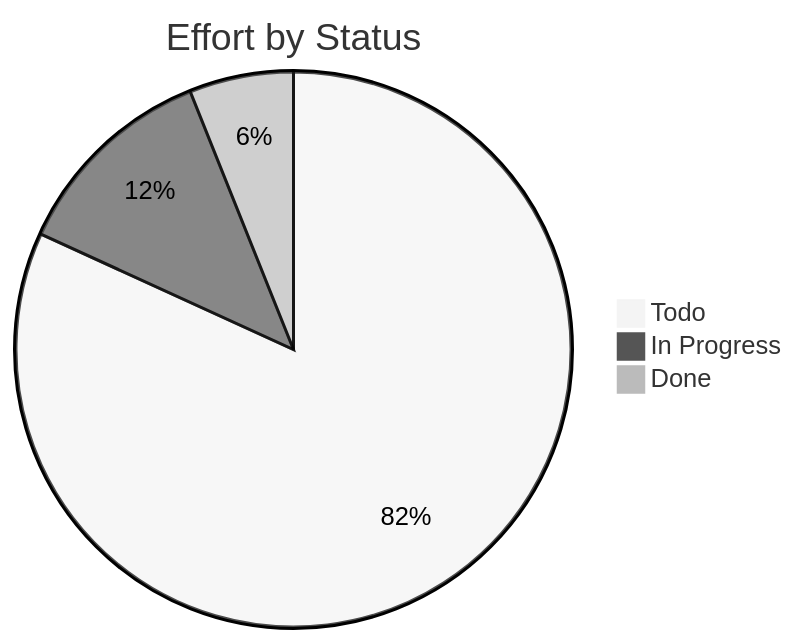
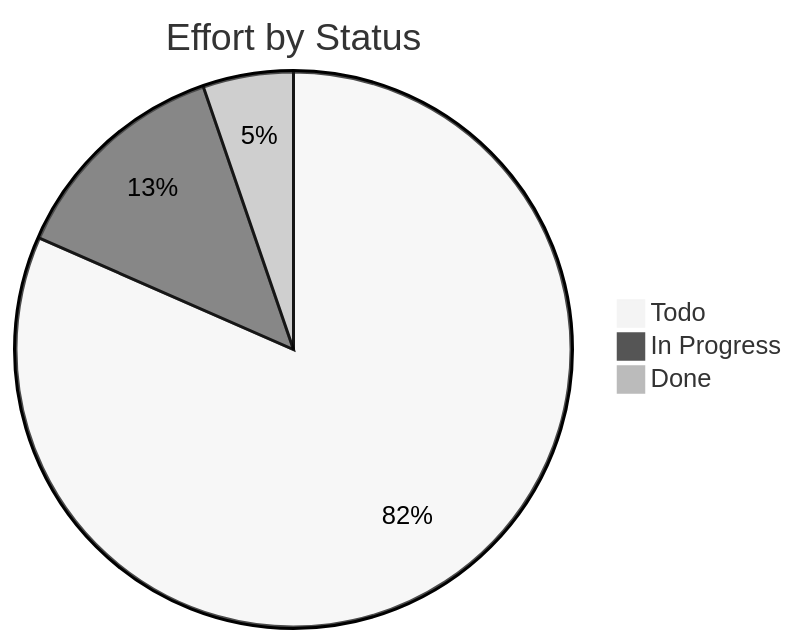
The third of 3 diagrams in docs/_projects/AIRise-ai-fabric-inspection.md (Katty-Fashion/kf-cpto), drawn with Mermaid (neutral theme) before and after one commit. The commit also changed other lines of this file and 10 other files, not shown here.

````diff
--- a/docs/_projects/AIRise-ai-fabric-inspection.md
+++ b/docs/_projects/AIRise-ai-fabric-inspection.md
@@ -125,6 +134,6 @@
 ```mermaid
 pie title Effort by Status
-    "Todo" : 27.0
-    "In Progress" : 4.0
+    "Todo" : 31.0
+    "In Progress" : 5.0
     "Done" : 2.0
 ```
````
